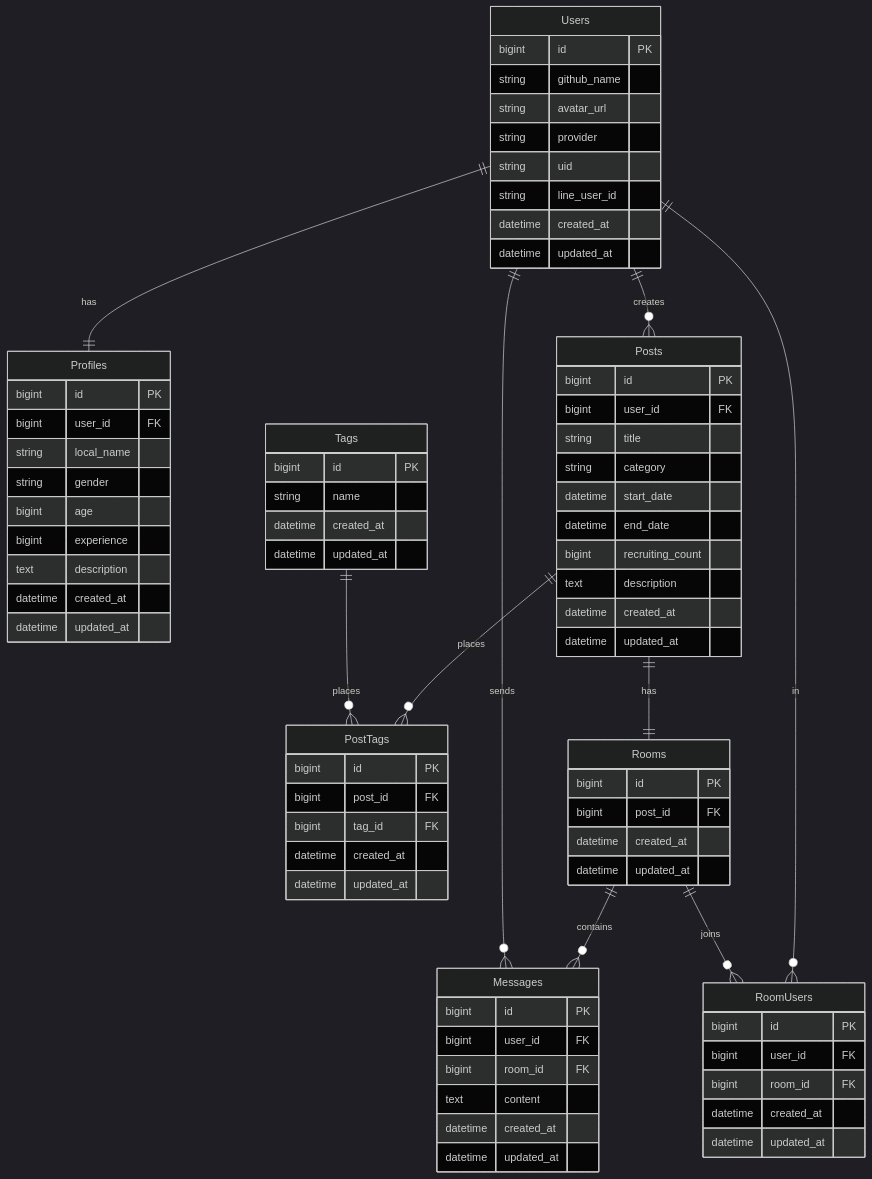
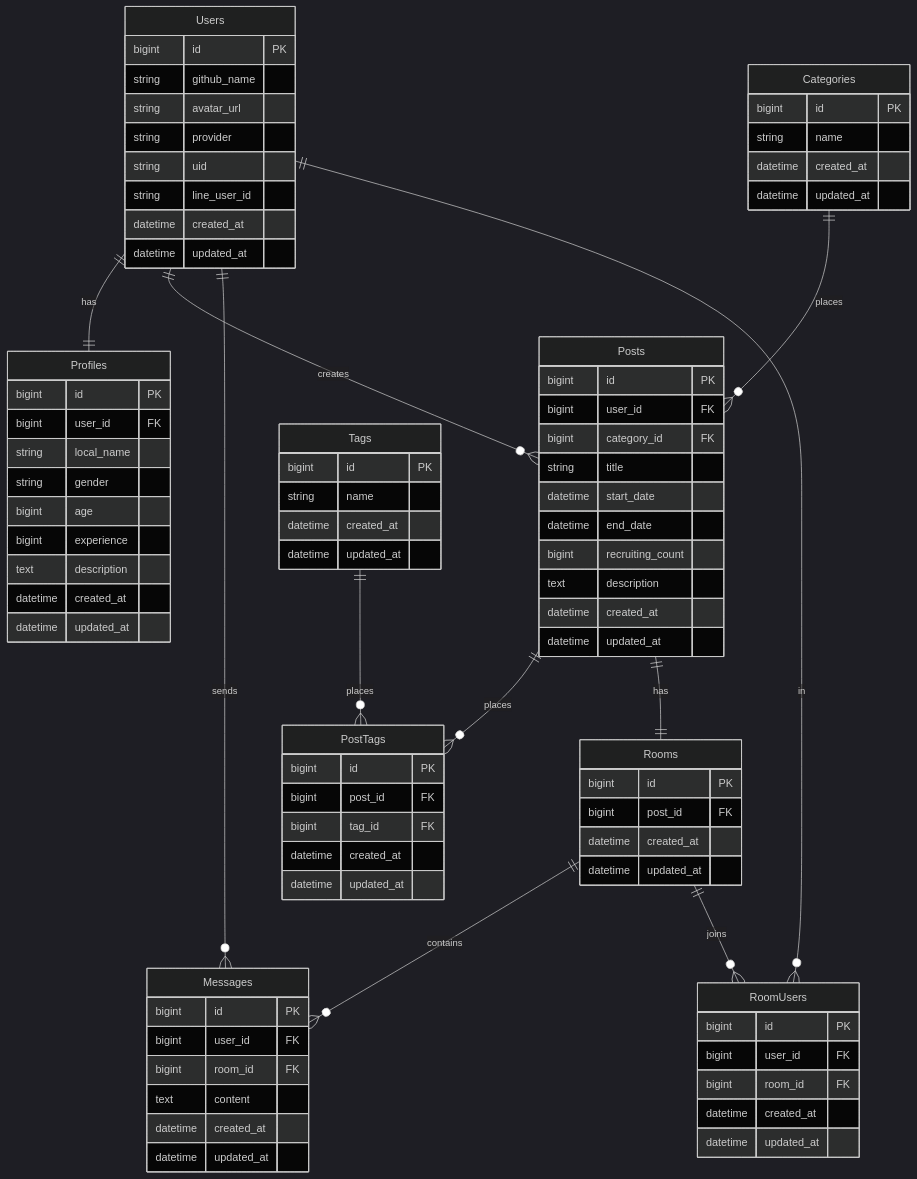
The diagram in README.md (zakkiiy/pairdev), drawn with Mermaid (dark theme) before and after one commit.

Commit message:
ER図の修正 テーブルの追加

```diff
--- a/README.md
+++ b/README.md
@@ -9,6 +9,7 @@
 Users ||--|| Profiles : has
 Users ||--o{ Posts : creates
 Posts ||--o{ PostTags : places
+Categories || --o{ Posts : places
 Tags ||--o{ PostTags : places
 Posts ||--|| Rooms : has
 Rooms ||--o{ Messages : contains
@@ -42,12 +43,19 @@
 Posts {
 	bigint id PK
   bigint user_id FK
+  bigint category_id FK
 	string title
-	string category
 	datetime start_date
   datetime end_date
 	bigint recruiting_count
 	text description
+  datetime created_at
+  datetime updated_at
+}
+
+Categories {
+  bigint id PK
+  string name
   datetime created_at
   datetime updated_at
 }
```
